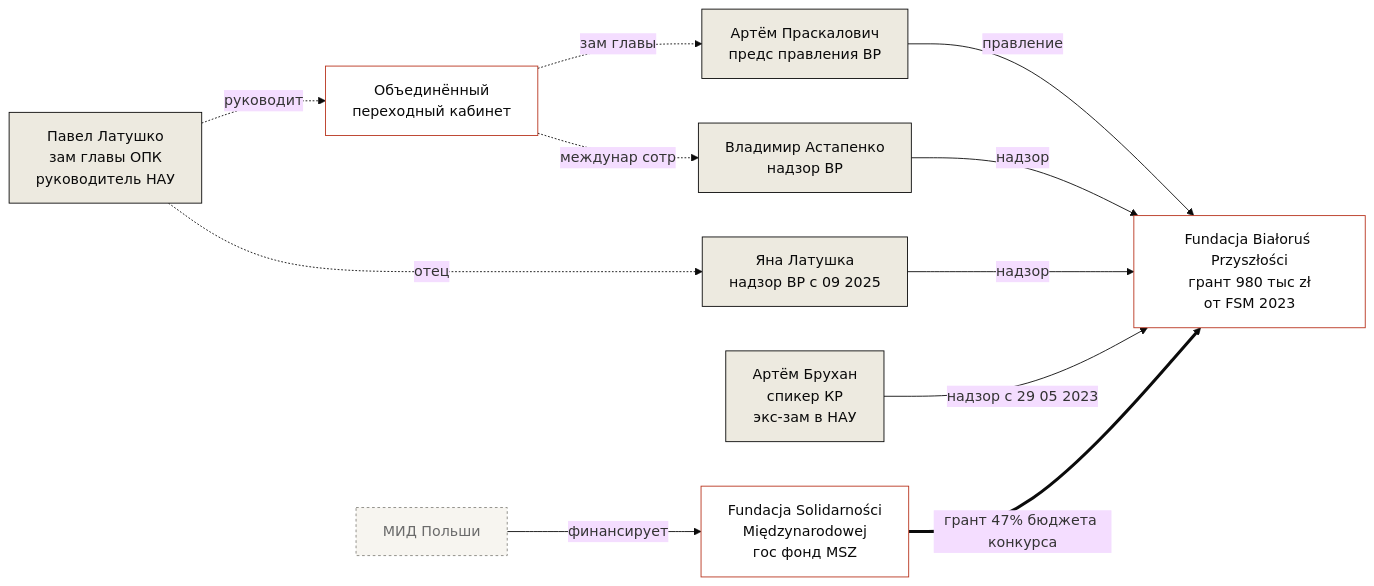
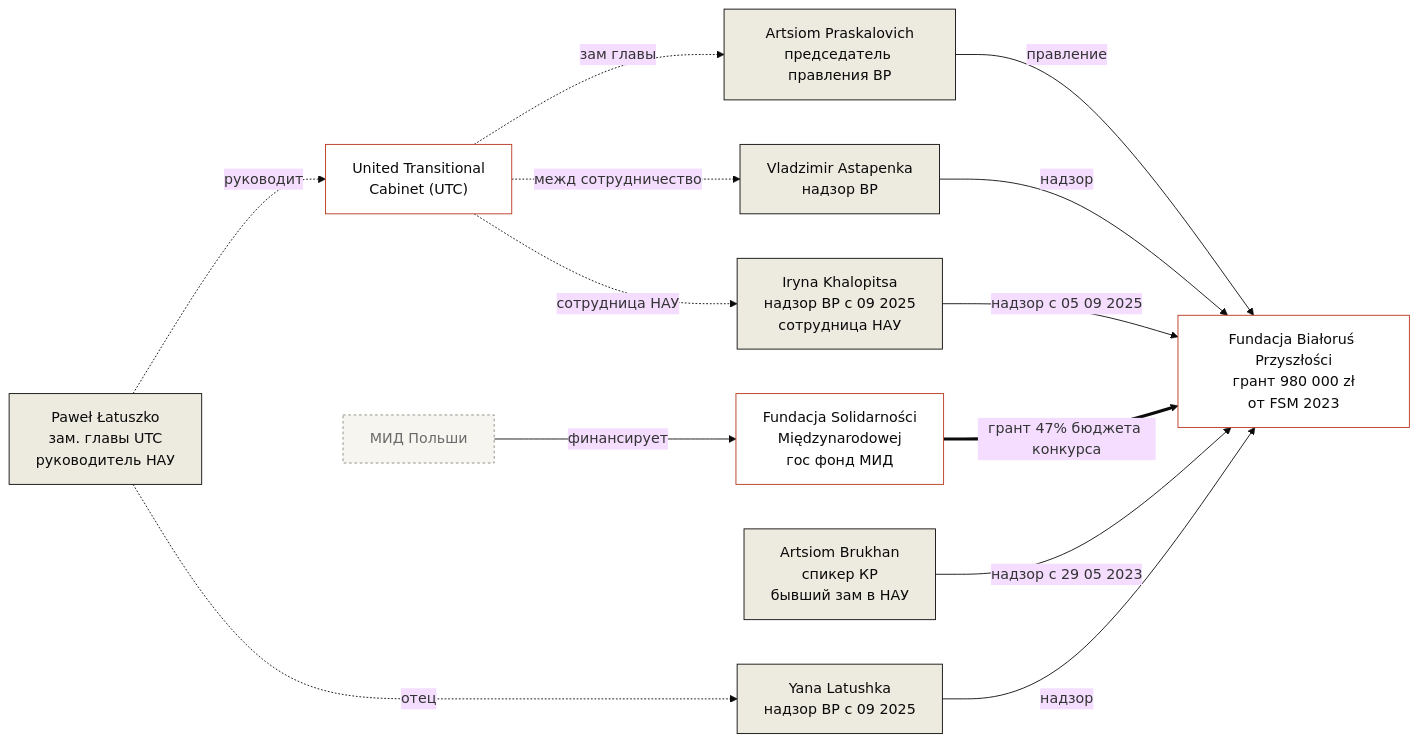
The diagram in docs/ru/investigations/bialorus-przyszlosci-fsm.md (belarustransparency/belarus-transparency), drawn with Mermaid (base theme) before and after one commit. The commit also changed 2 other files, not shown here.

````diff
--- a/docs/ru/investigations/bialorus-przyszlosci-fsm.md
+++ b/docs/ru/investigations/bialorus-przyszlosci-fsm.md
@@ -163,31 +163,34 @@
 ```mermaid
 graph LR
-    PL["Павел Латушко<br/>зам главы ОПК<br/>руководитель НАУ"]
-    OPK["Объединённый<br/>переходный кабинет"]
-    BPZ["Fundacja Białoruś Przyszłości<br/>грант 980 тыс zł<br/>от FSM 2023"]
-    FSM["Fundacja Solidarności<br/>Międzynarodowej<br/>гос фонд MSZ"]
-    YL["Яна Латушка<br/>надзор BP с 09 2025"]
-    AP["Артём Праскалович<br/>предс правления BP"]
-    VA["Владимир Астапенко<br/>надзор BP"]
-    AB["Артём Брухан<br/>спикер КР<br/>экс-зам в НАУ"]
+    PL["Paweł Łatuszko<br/>зам. главы UTC<br/>руководитель НАУ"]
+    OPK["United Transitional<br/>Cabinet (UTC)"]
+    BPZ["Fundacja Białoruś Przyszłości<br/>грант 980 000 zł<br/>от FSM 2023"]
+    FSM["Fundacja Solidarności<br/>Międzynarodowej<br/>гос фонд МИД"]
+    YL["Yana Latushka<br/>надзор BP с 09 2025"]
+    AP["Artsiom Praskalovich<br/>председатель правления BP"]
+    VA["Vladzimir Astapenka<br/>надзор BP"]
+    AB["Artsiom Brukhan<br/>спикер КР<br/>бывший зам в НАУ"]
+    IK["Iryna Khalopitsa<br/>надзор BP с 09 2025<br/>сотрудница НАУ"]
     MSZ["МИД Польши"]
-
+ 
     PL -.руководит.-> OPK
     PL -.отец.-> YL
     OPK -.зам главы.-> AP
-    OPK -.междунар сотр.-> VA
+    OPK -.межд сотрудничество.-> VA
+    OPK -.сотрудница НАУ.-> IK
     AP --правление--> BPZ
     VA --надзор--> BPZ
     YL --надзор--> BPZ
     AB --надзор с 29 05 2023--> BPZ
+    IK --надзор с 05 09 2025--> BPZ
     FSM ==грант 47% бюджета конкурса==> BPZ
     MSZ --финансирует--> FSM
-
+ 
     classDef person fill:#EDEAE0,stroke:#0A0A0A,stroke-width:1px,color:#0A0A0A;
     classDef org fill:#FFFFFF,stroke:#B8341E,stroke-width:1px,color:#0A0A0A;
     classDef money fill:#F7F5F0,stroke:#888780,stroke-width:1px,color:#6B6B6B,stroke-dasharray: 3 3;
-
-    class PL,YL,AP,VA,AB person;
+ 
+    class PL,YL,AP,VA,AB,IK person;
     class OPK,BPZ,FSM org;
     class MSZ money;
 ```
````
